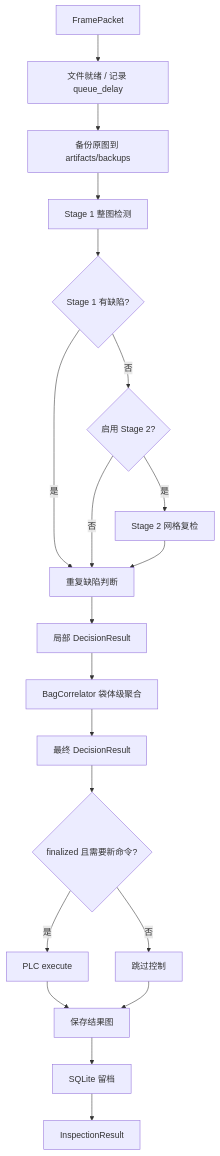
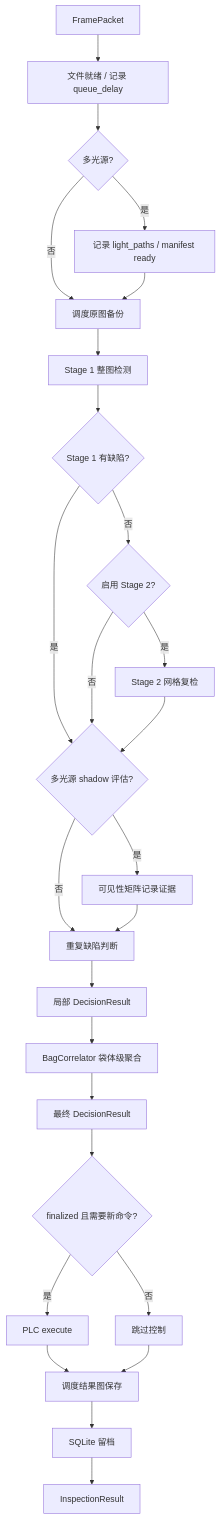
One commit to MzKyle/Defect-detection-of-water-sampling-bags changed the diagram in docs/modules/pipeline.md. Above: the diagram before and after it, drawn with Mermaid. The commit also changed other lines of this file and 43 other files, not shown here.

````diff
--- a/docs/modules/pipeline.md
+++ b/docs/modules/pipeline.md
@@ -23,22 +26,28 @@
 ```mermaid
 flowchart TD
     A["FramePacket"] --> B["文件就绪 / 记录 queue_delay"]
-    B --> C["备份原图到 artifacts/backups"]
+    B --> ML{多光源?}
+    ML -- 是 --> MLR["记录 light_paths / manifest ready"]
+    ML -- 否 --> C["调度原图备份"]
+    MLR --> C
     C --> D["Stage 1 整图检测"]
     D --> E{Stage 1 有缺陷?}
-    E -- 是 --> H["重复缺陷判断"]
+    E -- 是 --> V{多光源 shadow 评估?}
     E -- 否 --> F{启用 Stage 2?}
-    F -- 否 --> H
+    F -- 否 --> V
     F -- 是 --> G["Stage 2 网格复检"]
-    G --> H
-    H --> I["局部 DecisionResult"]
+    G --> V
+    V -- 是 --> H["可见性矩阵记录证据"]
+    V -- 否 --> RPT["重复缺陷判断"]
+    H --> RPT
+    RPT --> I["局部 DecisionResult"]
     I --> J["BagCorrelator 袋体级聚合"]
     J --> K["最终 DecisionResult"]
     K --> L{finalized 且需要新命令?}
     L -- 是 --> M["PLC execute"]
     L -- 否 --> N["跳过控制"]
-    M --> O["保存结果图"]
+    M --> O["调度结果图保存"]
     N --> O
     O --> P["SQLite 留档"]
     P --> Q["InspectionResult"]
 ```
````
